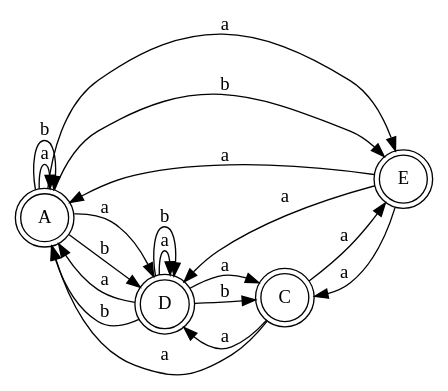
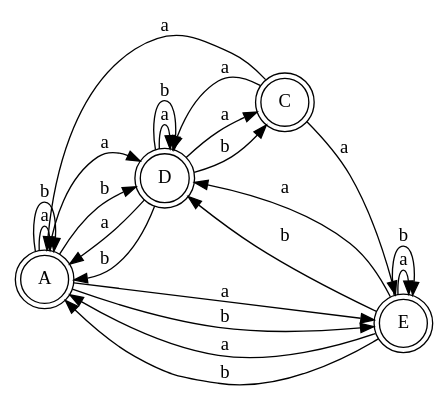
Before and after one commit to DaronP/Proyecto_Automatas: the diagram in proyecto1/minimo.gv, drawn with Graphviz. The commit also changed 8 other files, not shown here.

```diff
--- a/proyecto1/minimo.gv
+++ b/proyecto1/minimo.gv
@@ -1,41 +1,47 @@
 digraph finite_state_machine {
 	rankdir=LR size="8,5"
 	node [shape=doublecircle]
 	A
 	A
 	D
 	D
 	E
 	E
 	A
 	D
 	E
 	A
 	C
 	D
 	A
 	C
 	D
 	A
-	C
+	A
 	D
+	D
+	E
+	E
 	node [shape=circle]
 	A -> A [label=a]
 	A -> A [label=b]
 	A -> D [label=a]
 	A -> D [label=b]
 	A -> E [label=a]
 	A -> E [label=b]
 	C -> A [label=a]
 	C -> D [label=a]
 	C -> E [label=a]
 	D -> A [label=a]
 	D -> C [label=a]
 	D -> D [label=a]
 	D -> A [label=b]
 	D -> C [label=b]
 	D -> D [label=b]
 	E -> A [label=a]
-	E -> C [label=a]
+	E -> A [label=b]
 	E -> D [label=a]
+	E -> D [label=b]
+	E -> E [label=a]
+	E -> E [label=b]
 }
```
